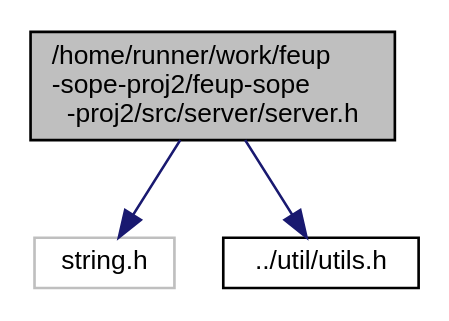
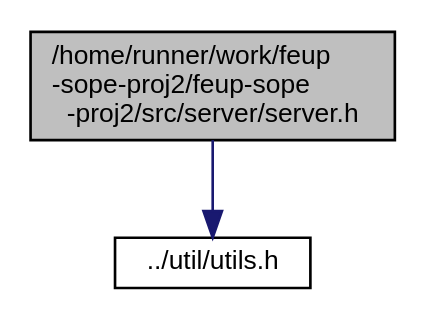
The diagram in server_8h__incl.dot (ctrlMarcio/feup-sope-proj2), drawn with Graphviz before and after one commit. The commit also changed 13 other files, not shown here.

```diff
--- a/server_8h__incl.dot
+++ b/server_8h__incl.dot
@@ -1,10 +1,8 @@
 digraph "/home/runner/work/feup-sope-proj2/feup-sope-proj2/src/server/server.h"
 {
   edge [fontname="Helvetica",fontsize="10",labelfontname="Helvetica",labelfontsize="10"];
   node [fontname="Helvetica",fontsize="10",shape=record];
   Node0 [label="/home/runner/work/feup\l-sope-proj2/feup-sope\l-proj2/src/server/server.h",height=0.2,width=0.4,color="black", fillcolor="grey75", style="filled", fontcolor="black"];
   Node0 -> Node1 [color="midnightblue",fontsize="10",style="solid",fontname="Helvetica"];
-  Node1 [label="string.h",height=0.2,width=0.4,color="grey75", fillcolor="white", style="filled"];
-  Node0 -> Node2 [color="midnightblue",fontsize="10",style="solid",fontname="Helvetica"];
-  Node2 [label="../util/utils.h",height=0.2,width=0.4,color="black", fillcolor="white", style="filled",URL="$utils_8h_source.html"];
+  Node1 [label="../util/utils.h",height=0.2,width=0.4,color="black", fillcolor="white", style="filled",URL="$utils_8h_source.html"];
 }
```
